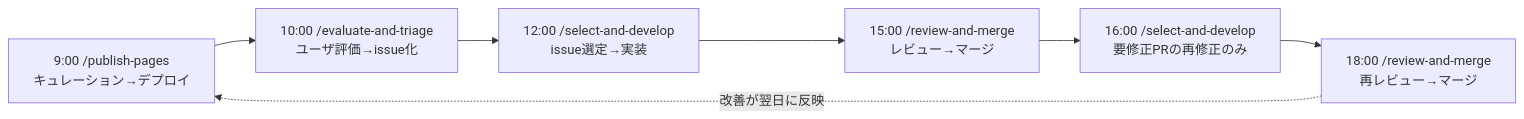
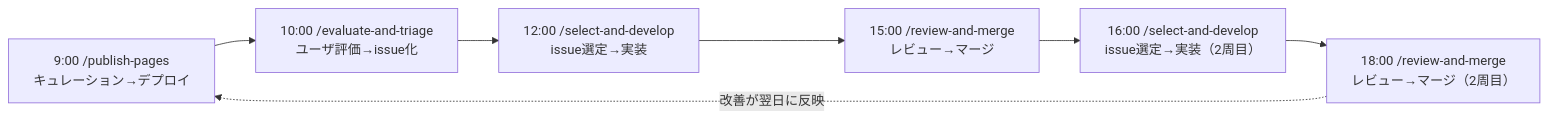
One commit to ha1f/news changed the second of 2 diagrams in README.md. Above: the diagram before and after it, drawn with Mermaid. The commit also changed other lines of this file and 1 other file, not shown here.

Commit message:
16時 run の特別条件を廃止し、素直な2周目にする (#76)
要対応 in_progress → backlog の優先順はスキル自体が持っているため、
夕方 run だけの絞り込み指示は複雑さの無駄だった（オーナー指摘）。
時刻依存の「15時」表現を相対化し、両 run で同じスキルがそのまま動く。

````diff
--- a/README.md
+++ b/README.md
@@ -44,9 +44,9 @@
 ```mermaid
 flowchart LR
     publish["9:00 /publish-pages\nキュレーション→デプロイ"] --> evaluate["10:00 /evaluate-and-triage\nユーザ評価→issue化"]
     evaluate --> develop["12:00 /select-and-develop\nissue選定→実装"]
     develop --> review["15:00 /review-and-merge\nレビュー→マージ"]
-    review --> rework["16:00 /select-and-develop\n要修正PRの再修正のみ"]
-    rework --> review2["18:00 /review-and-merge\n再レビュー→マージ"]
+    review --> develop2["16:00 /select-and-develop\nissue選定→実装（2周目）"]
+    develop2 --> review2["18:00 /review-and-merge\nレビュー→マージ（2周目）"]
     review2 -.改善が翌日に反映.-> publish
 ```
````
